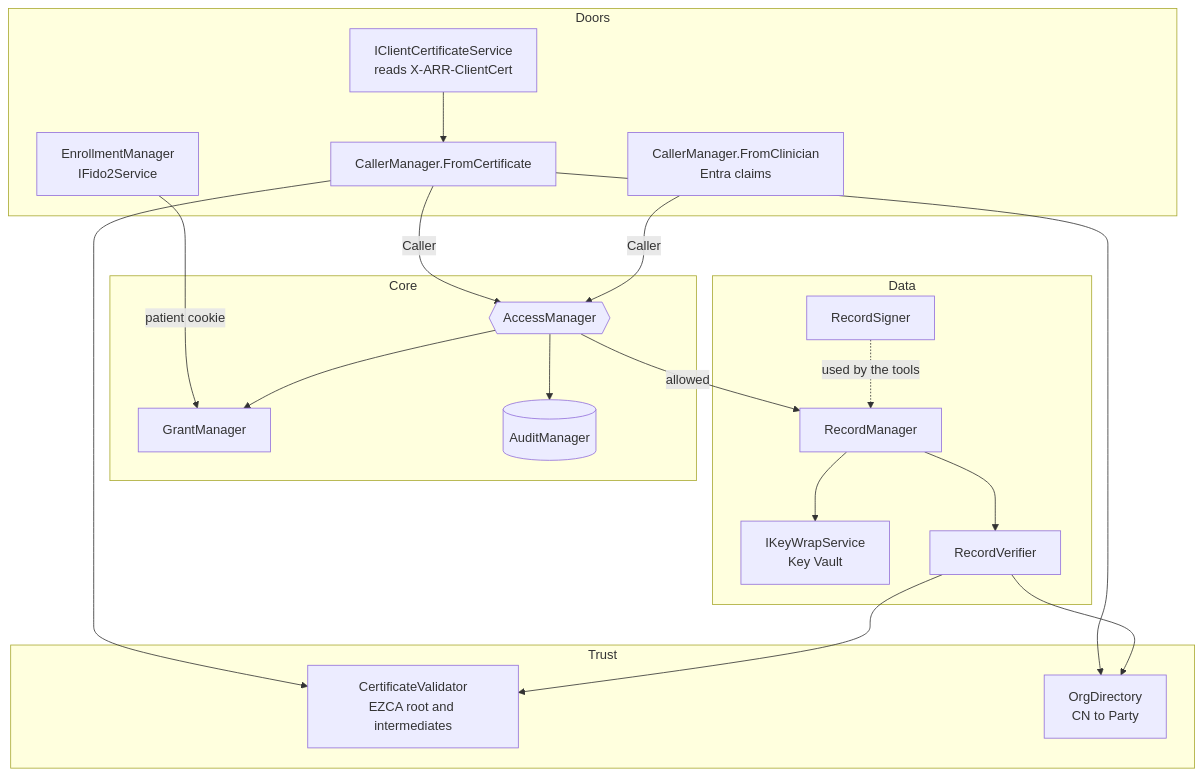
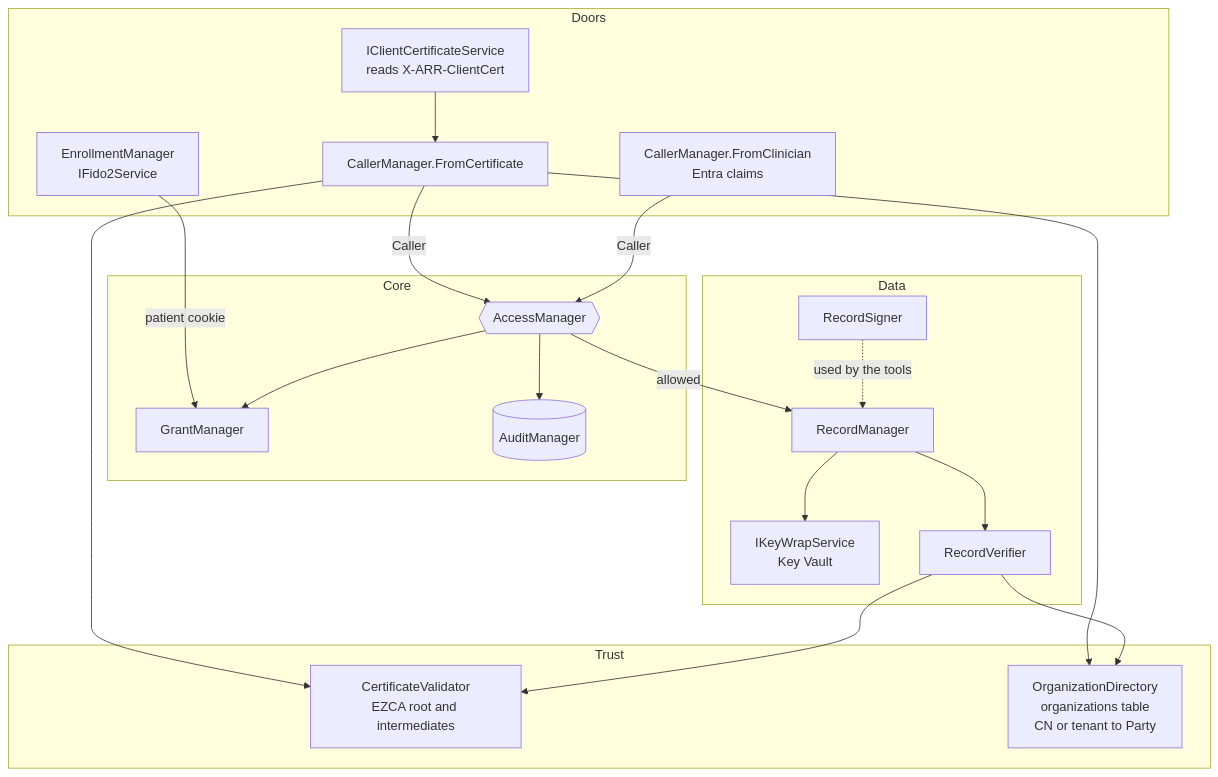
Before and after one commit to ParkerHitch/EZEHR: diagram 11 of 11 in docs/auth-flows.md, drawn with Mermaid. The commit also changed other lines of this file and 36 other files, not shown here.

Commit message:
feat: organizations table replaces the hard-coded directory and TrustedTenants

````diff
--- a/docs/auth-flows.md
+++ b/docs/auth-flows.md
@@ -360,38 +379,38 @@
 ```mermaid
 flowchart TB
   subgraph Doors
     CS["IClientCertificateService<br/>reads X-ARR-ClientCert"]
     CR["CallerManager.FromCertificate"]
     PK["EnrollmentManager<br/>IFido2Service"]
     CA["CallerManager.FromClinician<br/>Entra claims"]
   end
   subgraph Trust
     CV["CertificateValidator<br/>EZCA root and intermediates"]
-    OD["OrgDirectory<br/>CN to Party"]
+    OD["OrganizationDirectory<br/>organizations table<br/>CN or tenant to Party"]
   end
   subgraph Core
     G{{"AccessManager"}}
     GS["GrantManager"]
     AL[("AuditManager")]
   end
   subgraph Data
     RS["RecordManager"]
     KW["IKeyWrapService<br/>Key Vault"]
     RV["RecordVerifier"]
     RSG["RecordSigner"]
   end
   CS --> CR
   CR --> CV
   CR --> OD
   CR -- "Caller" --> G
   CA -- "Caller" --> G
   PK -- "patient cookie" --> GS
   G --> GS
   G --> AL
   G -- "allowed" --> RS
   RS --> KW
   RS --> RV
   RV --> CV
   RV --> OD
   RSG -. "used by the tools" .-> RS
 ```
````
